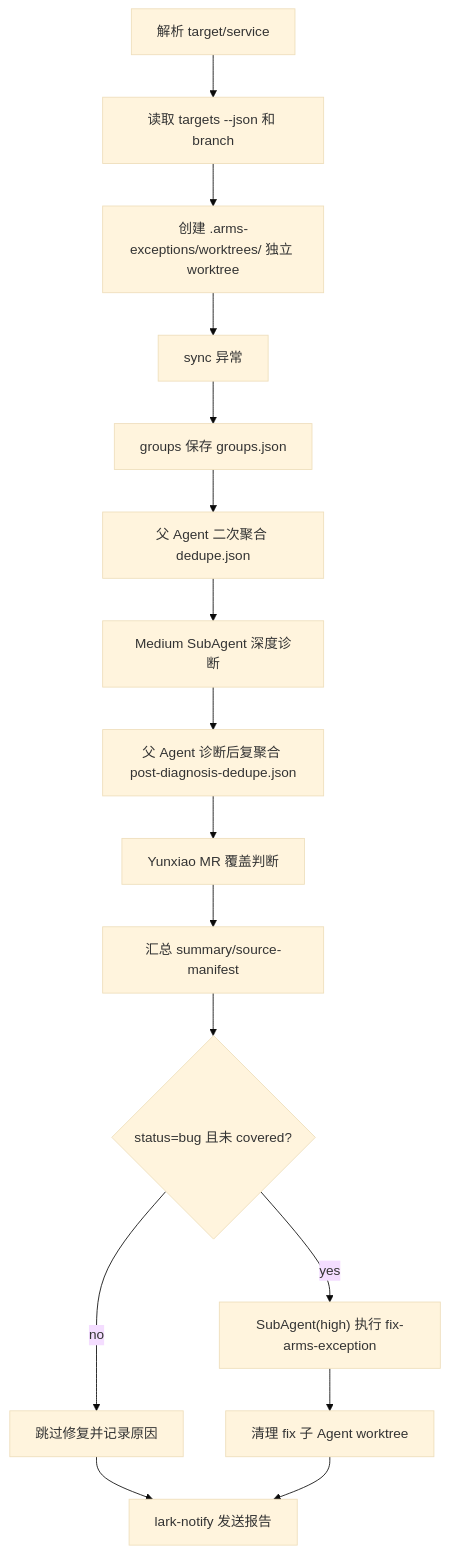
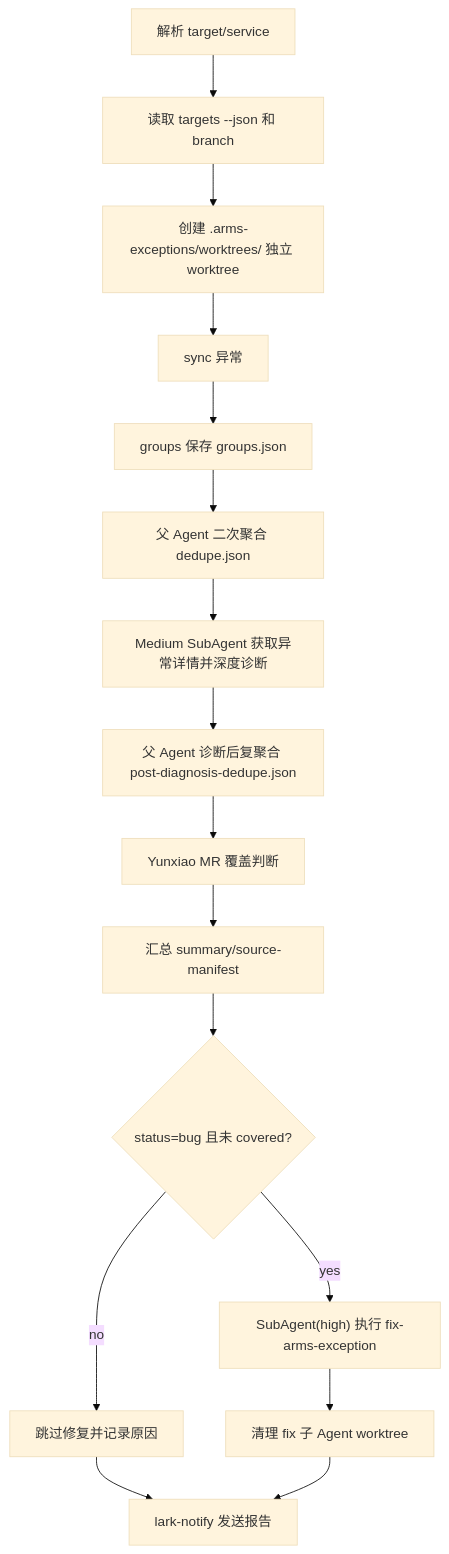
Before and after one commit to ivan-94/ali-arms-exception-explorer: the diagram in skills/arms-exceptions-triage/SKILL.md, drawn with Mermaid (base theme). The commit also changed other lines of this file and 11 other files, not shown here.

````diff
--- a/skills/arms-exceptions-triage/SKILL.md
+++ b/skills/arms-exceptions-triage/SKILL.md
@@ -65,18 +88,18 @@
 ```mermaid
 flowchart TD
   A["解析 target/service"] --> B["读取 targets --json 和 branch"]
   B --> C["创建 .arms-exceptions/worktrees/ 独立 worktree"]
   C --> D["sync 异常"]
   D --> E["groups 保存 groups.json"]
   E --> F["父 Agent 二次聚合 dedupe.json"]
-  F --> G["Medium SubAgent 深度诊断"]
+  F --> G["Medium SubAgent 获取异常详情并深度诊断"]
   G --> H["父 Agent 诊断后复聚合 post-diagnosis-dedupe.json"]
   H --> I["Yunxiao MR 覆盖判断"]
   I --> J["汇总 summary/source-manifest"]
   J --> K{"status=bug 且未 covered?"}
   K -- "yes" --> L["SubAgent(high) 执行 fix-arms-exception"]
   K -- "no" --> M["跳过修复并记录原因"]
   L --> N["清理 fix 子 Agent worktree"]
   M --> O["lark-notify 发送报告"]
   N --> O
 ```
````
